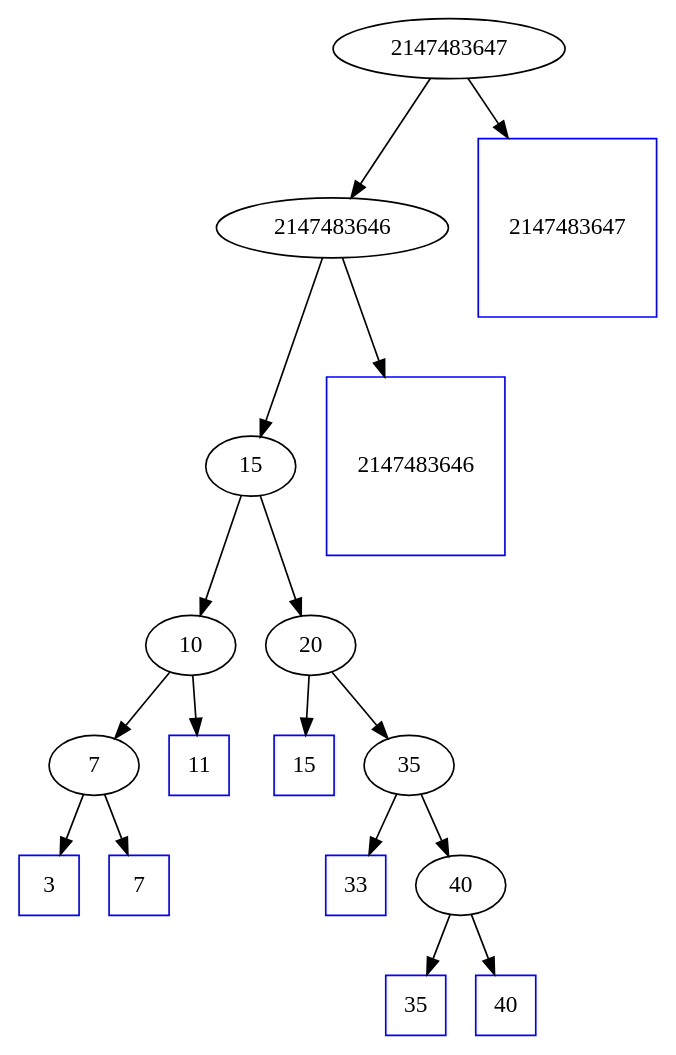
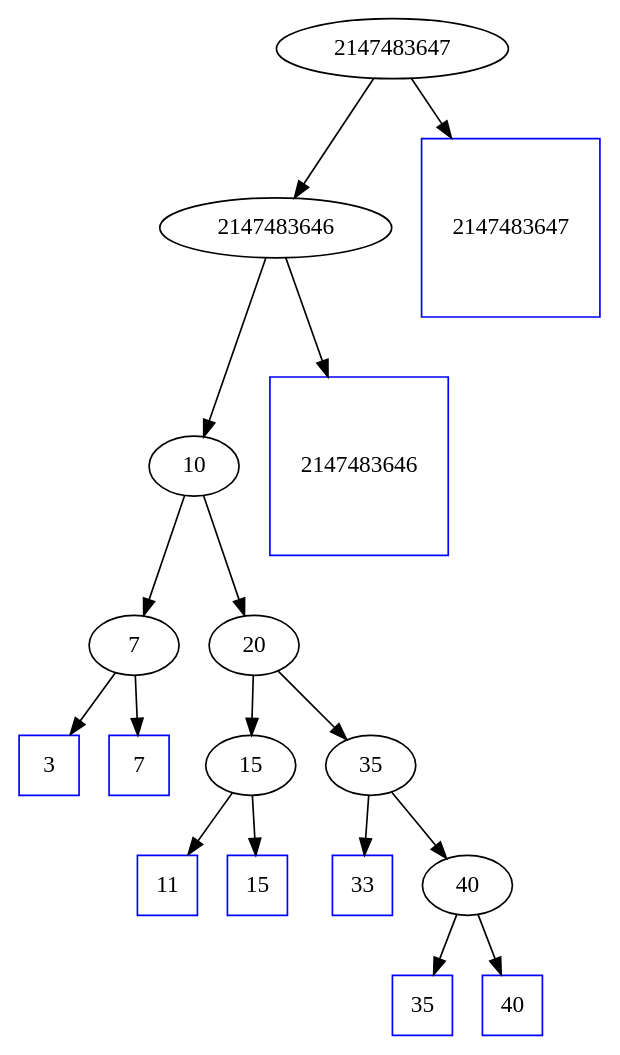
One commit to ishepard/BinarySearchTree changed the diagram in tree.dot. Above: the diagram before and after it, drawn with Graphviz. The commit also changed 9 other files, not shown here.

```diff
--- a/tree.dot
+++ b/tree.dot
@@ -1,27 +1,27 @@
 digraph graphname {
 2147483647 -> 2147483646;
-2147483646 -> 15;
-15 -> 10;
+2147483646 -> 10;
 10 -> 7;
 7 -> "Leaf 3";
 "Leaf 3"	[label=3, shape=box, regular=1, color="blue"];
 7 -> "Leaf 7";
 "Leaf 7"	[label=7, shape=box, regular=1, color="blue"];
-10 -> "Leaf 11";
+10 -> 20;
+20 -> 15;
+15 -> "Leaf 11";
 "Leaf 11"	[label=11, shape=box, regular=1, color="blue"];
-15 -> 20;
-20 -> "Leaf 15";
+15 -> "Leaf 15";
 "Leaf 15"	[label=15, shape=box, regular=1, color="blue"];
 20 -> 35;
 35 -> "Leaf 33";
 "Leaf 33"	[label=33, shape=box, regular=1, color="blue"];
 35 -> 40;
 40 -> "Leaf 35";
 "Leaf 35"	[label=35, shape=box, regular=1, color="blue"];
 40 -> "Leaf 40";
 "Leaf 40"	[label=40, shape=box, regular=1, color="blue"];
 2147483646 -> "Leaf 2147483646";
 "Leaf 2147483646"	[label=2147483646, shape=box, regular=1, color="blue"];
 2147483647 -> "Leaf 2147483647";
 "Leaf 2147483647"	[label=2147483647, shape=box, regular=1, color="blue"];
 }
```
